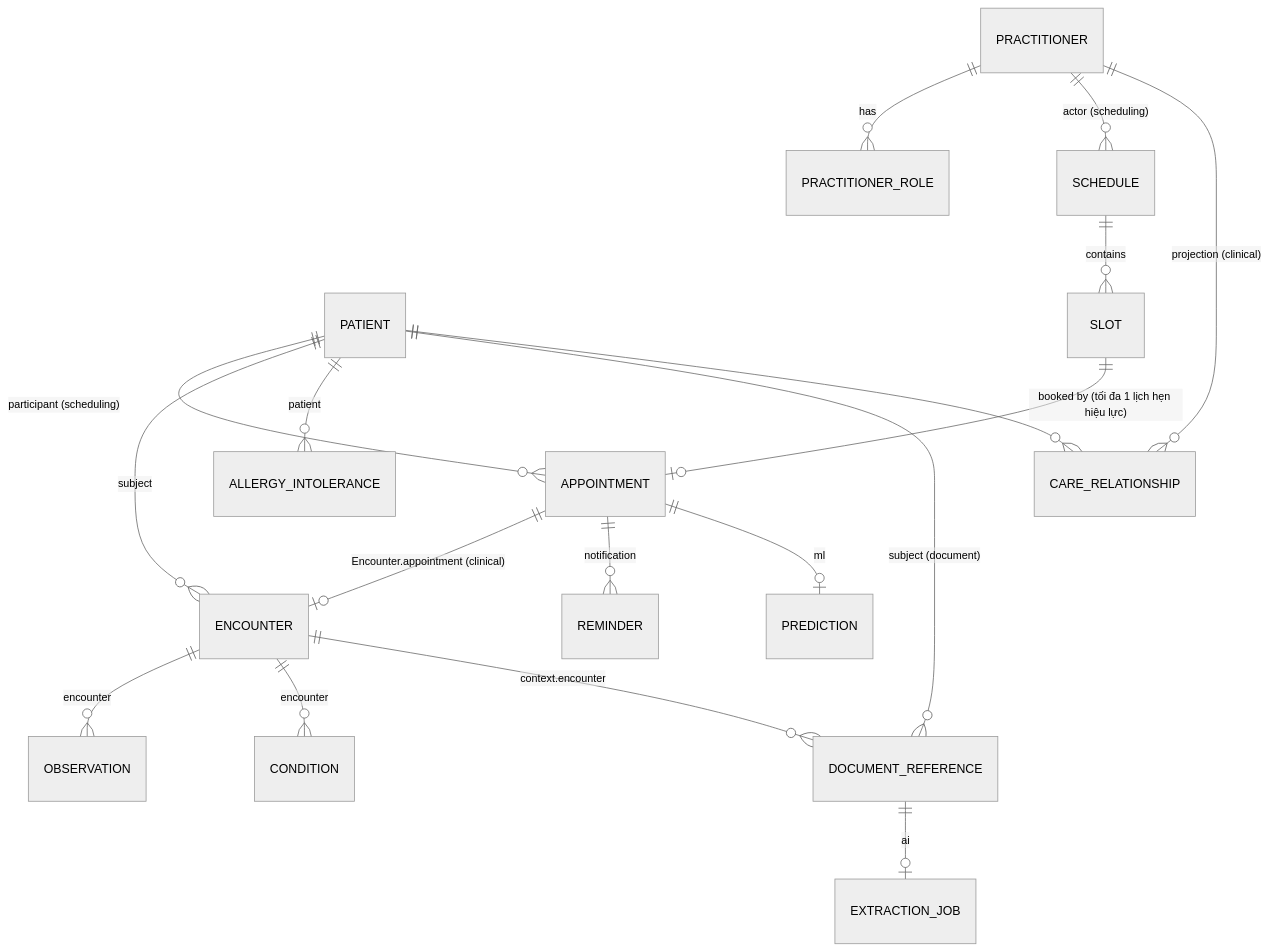
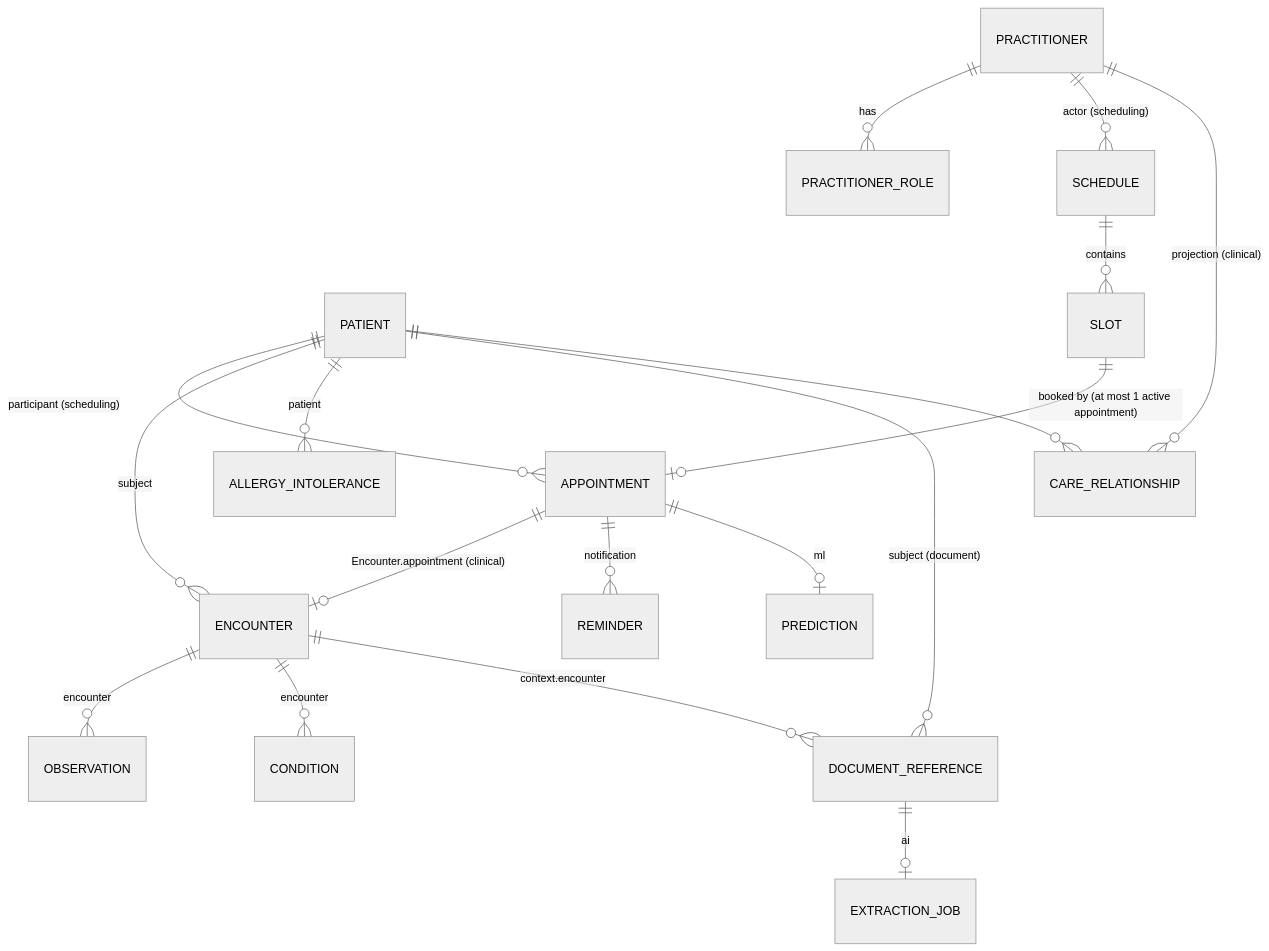
The first of 2 diagrams in docs/03-architecture/detailed-design/01-domain-model.md (viethung12062005/smart-hospital-platform), drawn with Mermaid (neutral theme) before and after one commit. The commit also changed other lines of this file and 346 other files, not shown here.

````diff
--- a/docs/03-architecture/detailed-design/01-domain-model.md
+++ b/docs/03-architecture/detailed-design/01-domain-model.md
@@ -20,20 +20,20 @@
 ```mermaid
 erDiagram
     PATIENT ||--o{ APPOINTMENT : "participant (scheduling)"
     PRACTITIONER ||--o{ PRACTITIONER_ROLE : has
     PRACTITIONER ||--o{ SCHEDULE : "actor (scheduling)"
     SCHEDULE ||--o{ SLOT : contains
-    SLOT ||--o| APPOINTMENT : "booked by (tối đa 1 lịch hẹn hiệu lực)"
+    SLOT ||--o| APPOINTMENT : "booked by (at most 1 active appointment)"
     APPOINTMENT ||--o| ENCOUNTER : "Encounter.appointment (clinical)"
     PATIENT ||--o{ ENCOUNTER : subject
     ENCOUNTER ||--o{ OBSERVATION : encounter
     ENCOUNTER ||--o{ CONDITION : encounter
     PATIENT ||--o{ ALLERGY_INTOLERANCE : patient
     PATIENT ||--o{ DOCUMENT_REFERENCE : "subject (document)"
     ENCOUNTER ||--o{ DOCUMENT_REFERENCE : "context.encounter"
     DOCUMENT_REFERENCE ||--o| EXTRACTION_JOB : "ai"
     APPOINTMENT ||--o{ REMINDER : "notification"
     APPOINTMENT ||--o| PREDICTION : "ml"
     PRACTITIONER ||--o{ CARE_RELATIONSHIP : "projection (clinical)"
     PATIENT ||--o{ CARE_RELATIONSHIP : ""
 ```
````
